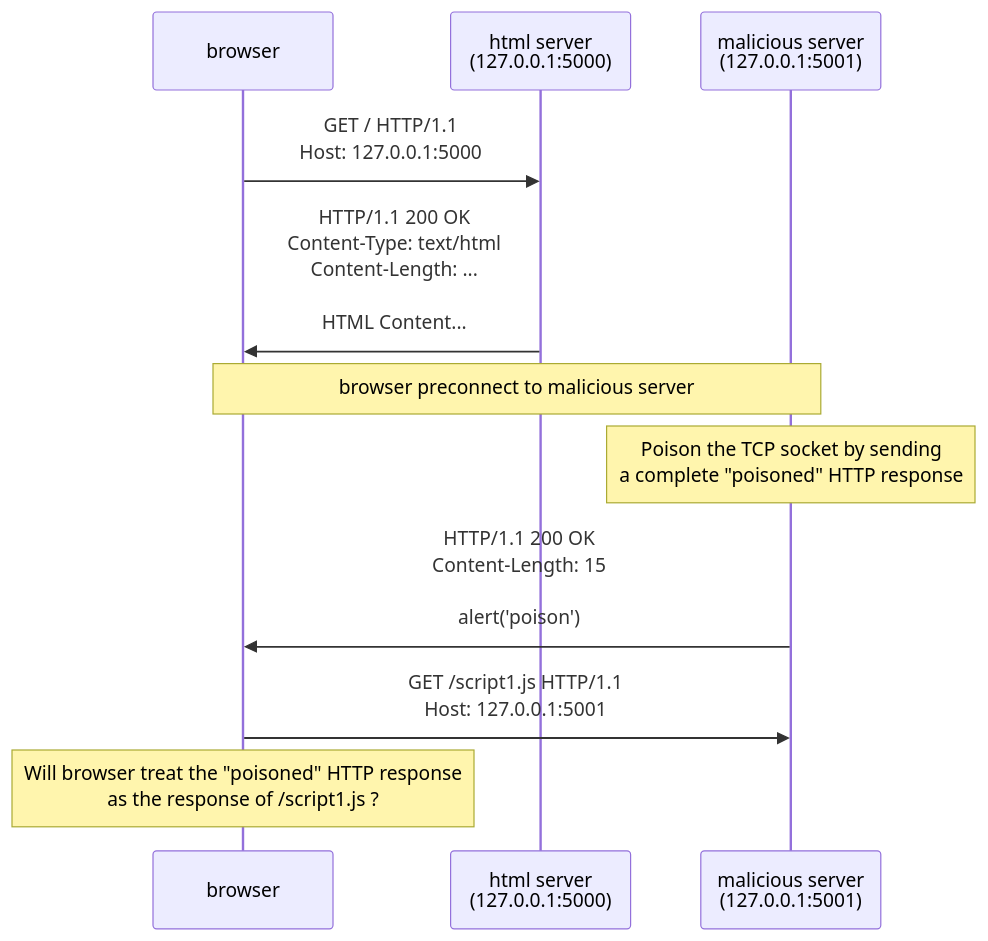
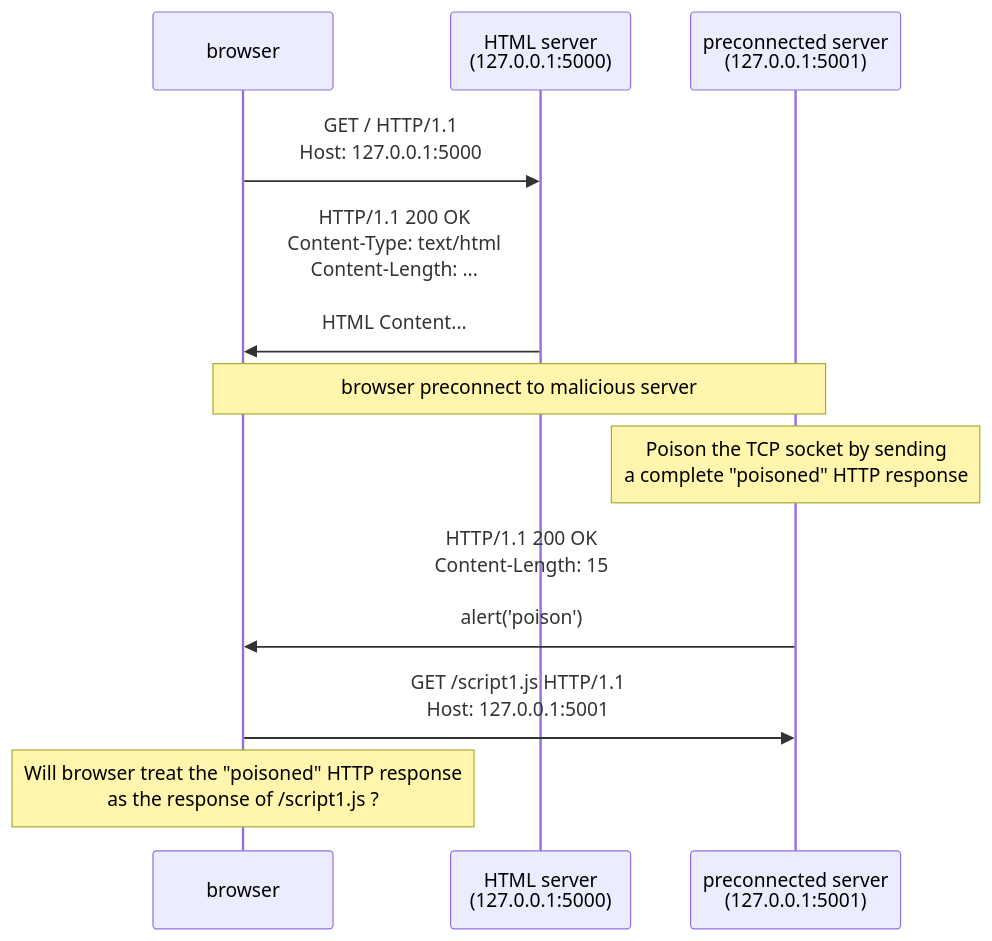
One commit to samuel871211/yusheng-tech-blog changed the fourth of 4 diagrams in docs/http/response-misbinding.md. Above: the diagram before and after it, drawn with Mermaid. The commit also changed other lines of this file and 1 other file, not shown here.

````diff
--- a/docs/http/response-misbinding.md
+++ b/docs/http/response-misbinding.md
@@ -148,18 +146,18 @@
 ```mermaid
 sequenceDiagram
   participant b as browser
-  participant s1 as html server<br/>(127.0.0.1:5000)
-  participant s2 as malicious server<br/>(127.0.0.1:5001)
+  participant s1 as HTML server<br/>(127.0.0.1:5000)
+  participant s2 as preconnected server<br/>(127.0.0.1:5001)
 
 
   b ->> s1: GET / HTTP/1.1<br/>Host: 127.0.0.1:5000
   s1 ->> b: HTTP/1.1 200 OK<br/>Content-Type: text/html<br/>Content-Length: ...<br/><br/>HTML Content...
 
   Note Over b, s2: browser preconnect to malicious server
 
   Note Over s2: Poison the TCP socket by sending<br/>a complete "poisoned" HTTP response
   s2 ->> b: HTTP/1.1 200 OK<br/>Content-Length: 15<br/><br/>alert('poison')
   b ->> s2: GET /script1.js HTTP/1.1<br/>Host: 127.0.0.1:5001
 
   Note Over b: Will browser treat the "poisoned" HTTP response<br/>as the response of /script1.js ?
 ```
````
